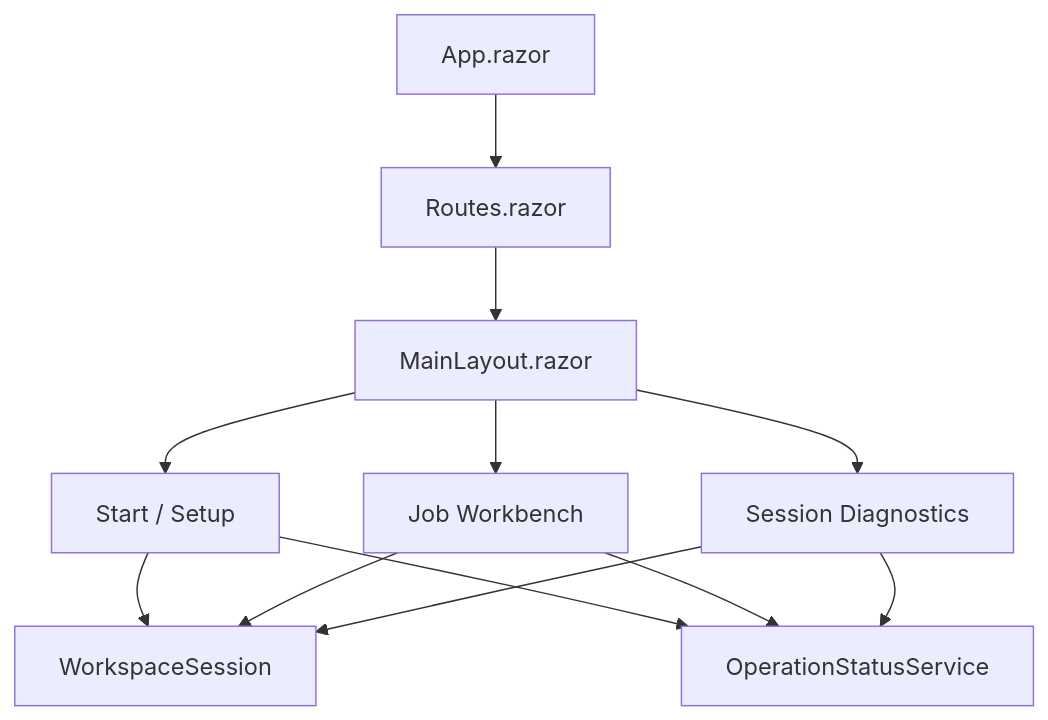
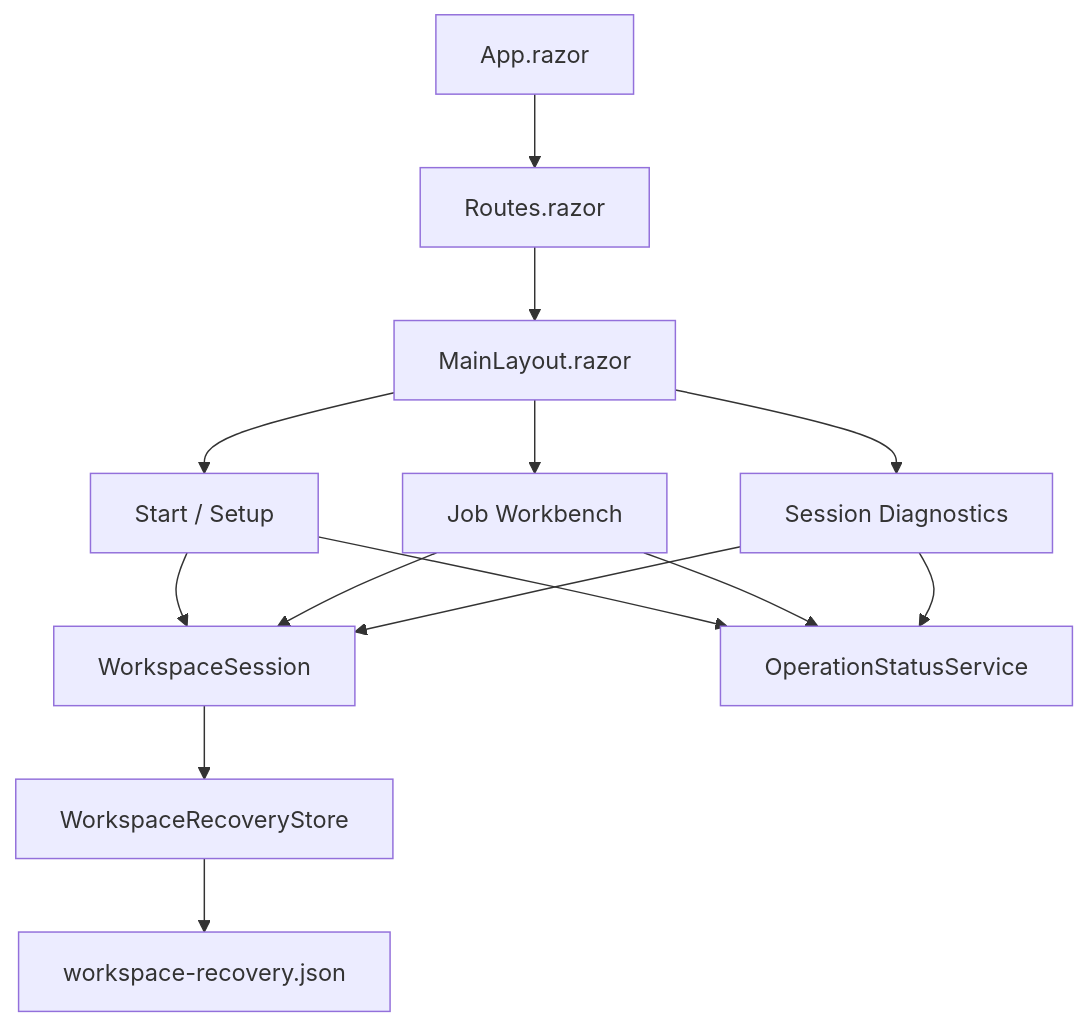
The second of 20 diagrams in docs/details.md (hennie42/li-jobber), drawn with Mermaid before and after one commit. The commit also changed other lines of this file and 1 other file, not shown here.

````diff
--- a/docs/details.md
+++ b/docs/details.md
@@ -54,14 +80,16 @@
 ```mermaid
 graph TB
     A[App.razor] --> B[Routes.razor]
     B --> C[MainLayout.razor]
     C --> D[Start / Setup]
     C --> E[Job Workbench]
     C --> F[Session Diagnostics]
     D --> G[WorkspaceSession]
     E --> G
     F --> G
     D --> H[OperationStatusService]
     E --> H
     F --> H
+    G --> I[WorkspaceRecoveryStore]
+    I --> J[workspace-recovery.json]
 ```
````
